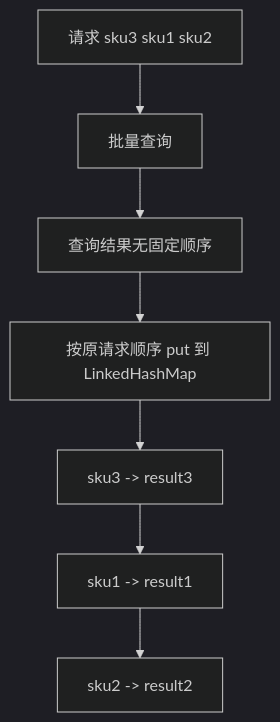
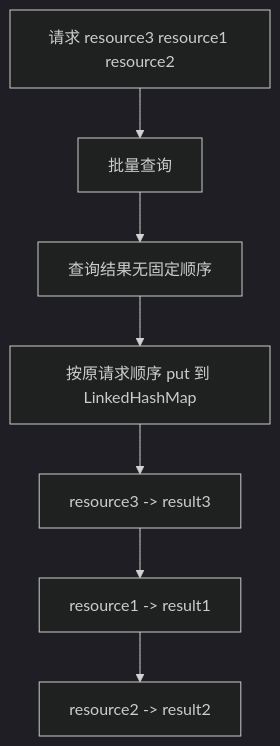
Diagram 38 of 49 in 02-集合框架/02-深度解析/LinkedHashMap与LRU缓存.md (xuegucheng/java-tech-review), drawn with Mermaid (dark theme) before and after one commit. The commit also changed other lines of this file and 33 other files, not shown here.

````diff
--- a/02-集合框架/02-深度解析/LinkedHashMap与LRU缓存.md
+++ b/02-集合框架/02-深度解析/LinkedHashMap与LRU缓存.md
@@ -1704,9 +1704,9 @@
 ```mermaid
 flowchart TD
-    A[请求 sku3 sku1 sku2] --> B[批量查询]
+    A[请求 resource3 resource1 resource2] --> B[批量查询]
     B --> C[查询结果无固定顺序]
     C --> D[按原请求顺序 put 到 LinkedHashMap]
-    D --> E[sku3 -> result3]
-    E --> F[sku1 -> result1]
-    F --> G[sku2 -> result2]
+    D --> E[resource3 -> result3]
+    E --> F[resource1 -> result1]
+    F --> G[resource2 -> result2]
 ```
````
